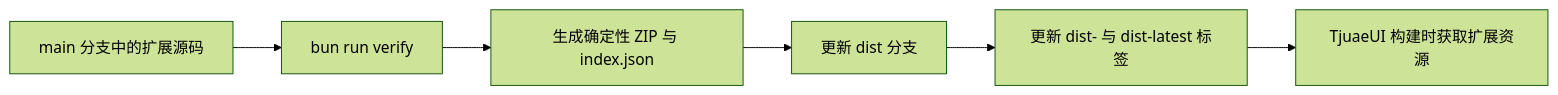
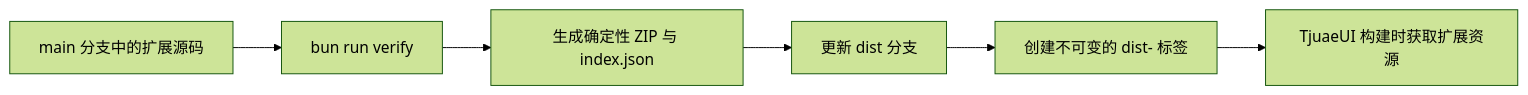
One commit to liangboqiang/TjuaeHub changed the diagram in README.md. Above: the diagram before and after it, drawn with Mermaid (forest theme). The commit also changed other lines of this file and 1 other file, not shown here.

Commit message:
ci(dist): 仅发布不可变分发标签

````diff
--- a/README.md
+++ b/README.md
@@ -19,8 +19,8 @@
 ```mermaid
 flowchart LR
   Source["main 分支中的扩展源码"] --> Verify["bun run verify"]
   Verify --> Archive["生成确定性 ZIP 与 index.json"]
   Archive --> Dist["更新 dist 分支"]
-  Dist --> Tag["更新 dist-<commit> 与 dist-latest 标签"]
+  Dist --> Tag["创建不可变的 dist-<commit> 标签"]
   Tag --> UI["TjuaeUI 构建时获取扩展资源"]
 ```
````
